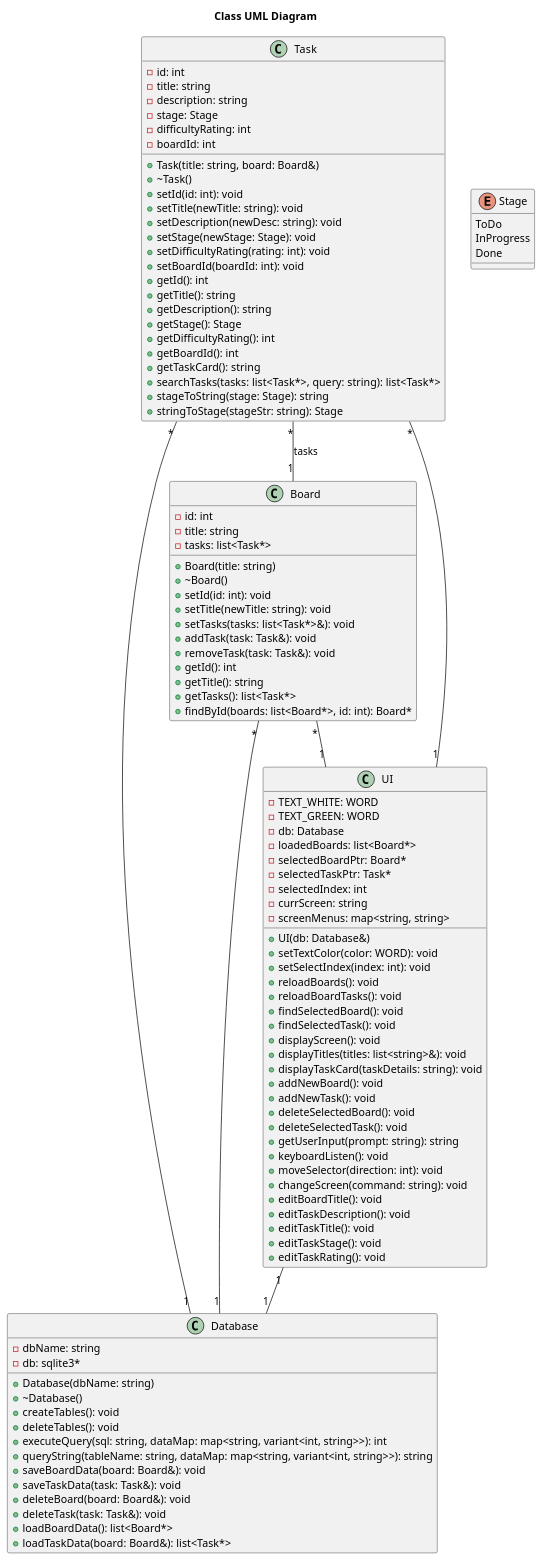
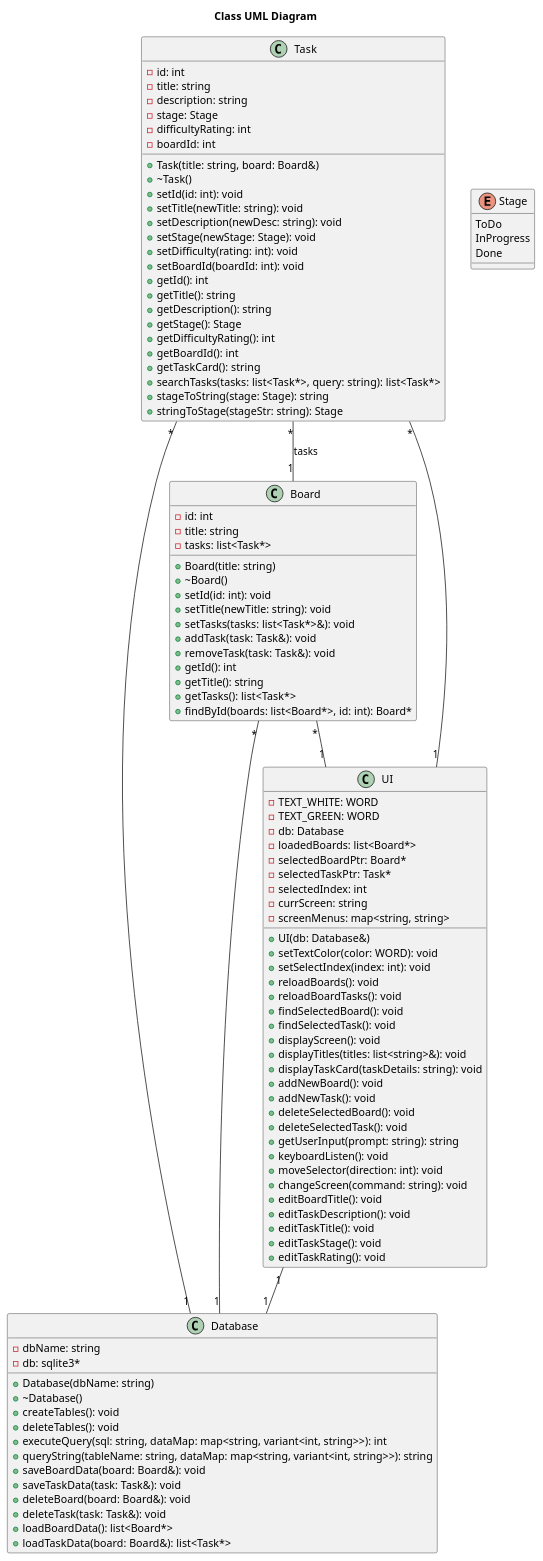
Before and after one commit to travisformayor/cli_kanban: the diagram in diagrams/classUML.puml, drawn with PlantUML. The commit also changed 3 other files, not shown here.

```diff
--- a/diagrams/classUML.puml
+++ b/diagrams/classUML.puml
@@ -1,114 +1,114 @@
 @startuml classUML
 
 title Class UML Diagram
 
 Task "*" -- "1" Board : tasks
 Task "*" -- "1" Database
 Board "*" -- "1" Database
 Board "*" -- "1" UI
 Task "*" -- "1" UI
 UI "1" -- "1" Database
 
 enum Stage {
   ToDo
   InProgress
   Done
 }
 
 class Task {
   -id: int
   -title: string
   -description: string
   -stage: Stage
   -difficultyRating: int
   -boardId: int
   +Task(title: string, board: Board&)
   +~Task()
   +setId(id: int): void
   +setTitle(newTitle: string): void
   +setDescription(newDesc: string): void
   +setStage(newStage: Stage): void
-  +setDifficultyRating(rating: int): void
+  +setDifficulty(rating: int): void
   +setBoardId(boardId: int): void
   +getId(): int
   +getTitle(): string
   +getDescription(): string
   +getStage(): Stage
   +getDifficultyRating(): int
   +getBoardId(): int
   +getTaskCard(): string
   +searchTasks(tasks: list<Task*>, query: string): list<Task*>
   +stageToString(stage: Stage): string
   +stringToStage(stageStr: string): Stage
 }
 
 class Board {
   -id: int
   -title: string
   -tasks: list<Task*>
   +Board(title: string)
   +~Board()
   +setId(id: int): void
   +setTitle(newTitle: string): void
   +setTasks(tasks: list<Task*>&): void
   +addTask(task: Task&): void
   +removeTask(task: Task&): void
   +getId(): int
   +getTitle(): string
   +getTasks(): list<Task*>
   +findById(boards: list<Board*>, id: int): Board*
 }
 
 class UI {
   -TEXT_WHITE: WORD
   -TEXT_GREEN: WORD
   -db: Database
   -loadedBoards: list<Board*>
   -selectedBoardPtr: Board*
   -selectedTaskPtr: Task*
   -selectedIndex: int
   -currScreen: string
   -screenMenus: map<string, string>
   +UI(db: Database&)
   +setTextColor(color: WORD): void
   +setSelectIndex(index: int): void
   +reloadBoards(): void
   +reloadBoardTasks(): void
   +findSelectedBoard(): void
   +findSelectedTask(): void
   +displayScreen(): void
   +displayTitles(titles: list<string>&): void
   +displayTaskCard(taskDetails: string): void
   +addNewBoard(): void
   +addNewTask(): void
   +deleteSelectedBoard(): void
   +deleteSelectedTask(): void
   +getUserInput(prompt: string): string
   +keyboardListen(): void
   +moveSelector(direction: int): void
   +changeScreen(command: string): void
   +editBoardTitle(): void
   +editTaskDescription(): void
   +editTaskTitle(): void
   +editTaskStage(): void
   +editTaskRating(): void
 }
 
 class Database {
   -dbName: string
   -db: sqlite3*
   +Database(dbName: string)
   +~Database()
   +createTables(): void
   +deleteTables(): void
   +executeQuery(sql: string, dataMap: map<string, variant<int, string>>): int
   +queryString(tableName: string, dataMap: map<string, variant<int, string>>): string
   +saveBoardData(board: Board&): void
   +saveTaskData(task: Task&): void
   +deleteBoard(board: Board&): void
   +deleteTask(task: Task&): void
   +loadBoardData(): list<Board*>
   +loadTaskData(board: Board&): list<Task*>
 }
 
 @enduml
```
